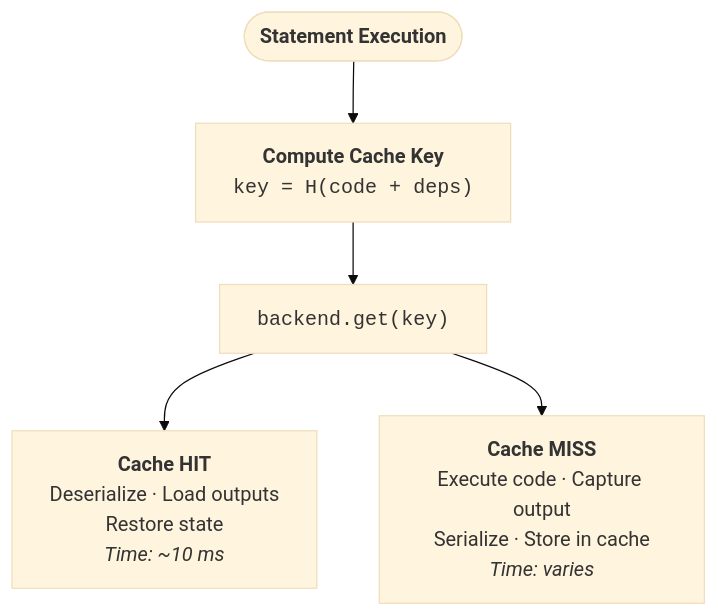
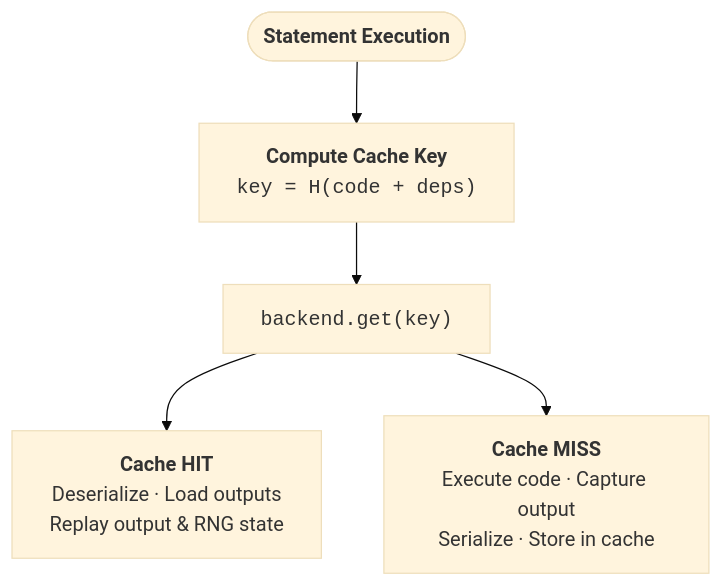
One commit to galgtonold/cash changed the first of 2 diagrams in docs/how-it-works/cache-keys-and-lineage.md. Above: the diagram before and after it, drawn with Mermaid (base theme). The commit also changed other lines of this file and 9 other files, not shown here.

````diff
--- a/docs/how-it-works/cache-keys-and-lineage.md
+++ b/docs/how-it-works/cache-keys-and-lineage.md
@@ -21,11 +37,11 @@
 ```mermaid
 flowchart TD
     EXEC(["<b>Statement Execution</b>"])
     KEY["<b>Compute Cache Key</b><br/><code>key = H(code + deps)</code>"]
     GET["<code>backend.get(key)</code>"]
-    HIT["<b>Cache HIT</b><br/>Deserialize · Load outputs<br/>Restore state<br/><i>Time: ~10 ms</i>"]
-    MISS["<b>Cache MISS</b><br/>Execute code · Capture output<br/>Serialize · Store in cache<br/><i>Time: varies</i>"]
+    HIT["<b>Cache HIT</b><br/>Deserialize · Load outputs<br/>Replay output &amp; RNG state"]
+    MISS["<b>Cache MISS</b><br/>Execute code · Capture output<br/>Serialize · Store in cache"]
     EXEC --> KEY --> GET
     GET --> HIT
     GET --> MISS
 ```
````
